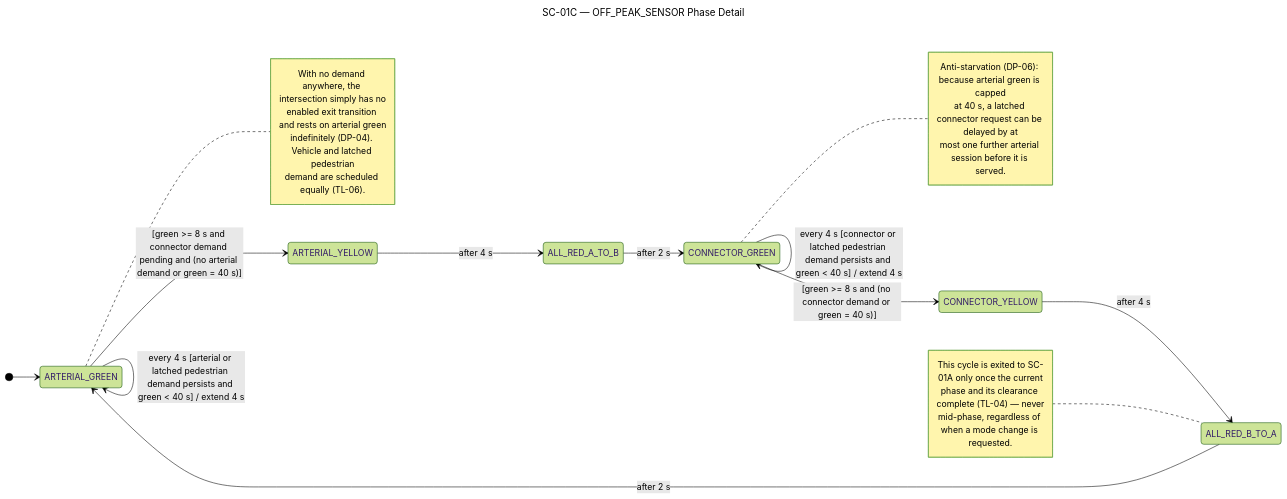
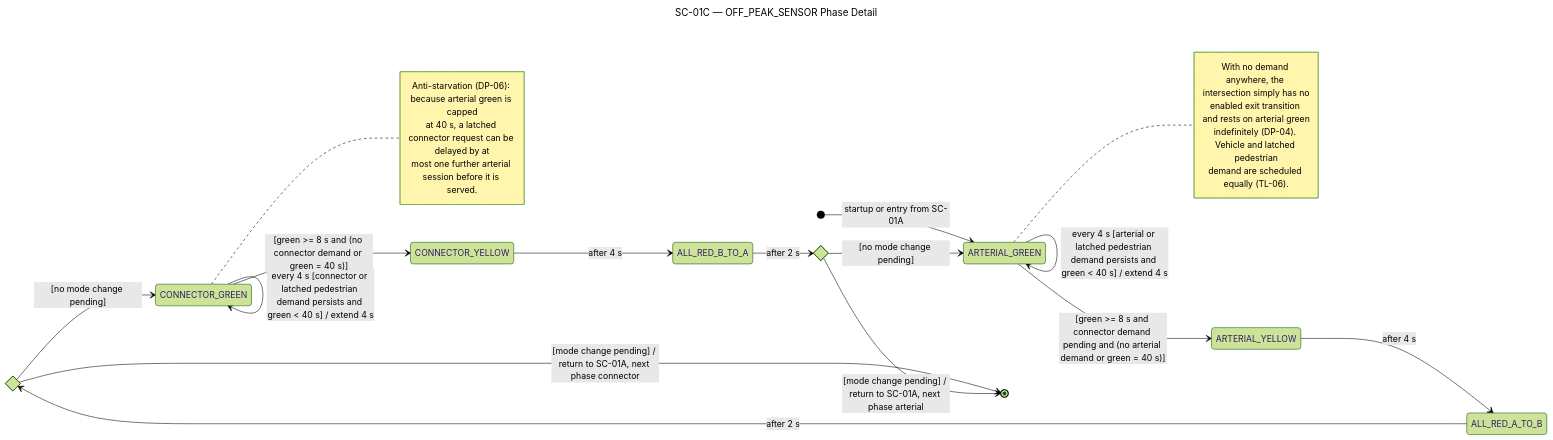
Before and after one commit to lucietran03/traffic-control-system: the third of 9 diagrams in STATE_CHARTS.md, drawn with Mermaid (forest theme). The commit also changed other lines of this file and 1 other file, not shown here.

````diff
--- a/STATE_CHARTS.md
+++ b/STATE_CHARTS.md
@@ -77,38 +74,40 @@
 ```mermaid
 ---
 title: SC-01C — OFF_PEAK_SENSOR Phase Detail
 ---
 stateDiagram-v2
     accTitle: SC-01C OFF_PEAK_SENSOR Phase Detail
     accDescr: Demand-responsive two-phase vehicle-signal cycle used while OFF_PEAK_SENSOR is the active mode, including minimum and maximum green and the anti-starvation rule.
     direction LR
 
-    [*] --> ARTERIAL_GREEN
+    state boundary_after_arterial <<choice>>
+    state boundary_after_connector <<choice>>
+
+    [*] --> ARTERIAL_GREEN : startup or entry from SC-01A
     ARTERIAL_GREEN --> ARTERIAL_GREEN : every 4 s [arterial or latched pedestrian demand persists and green < 40 s] / extend 4 s
     ARTERIAL_GREEN --> ARTERIAL_YELLOW : [green >= 8 s and connector demand pending and (no arterial demand or green = 40 s)]
     ARTERIAL_YELLOW --> ALL_RED_A_TO_B : after 4 s
-    ALL_RED_A_TO_B --> CONNECTOR_GREEN : after 2 s
+    ALL_RED_A_TO_B --> boundary_after_arterial : after 2 s
+    boundary_after_arterial --> CONNECTOR_GREEN : [no mode change pending]
+    boundary_after_arterial --> [*] : [mode change pending] / return to SC-01A, next phase connector
     CONNECTOR_GREEN --> CONNECTOR_GREEN : every 4 s [connector or latched pedestrian demand persists and green < 40 s] / extend 4 s
     CONNECTOR_GREEN --> CONNECTOR_YELLOW : [green >= 8 s and (no connector demand or green = 40 s)]
     CONNECTOR_YELLOW --> ALL_RED_B_TO_A : after 4 s
-    ALL_RED_B_TO_A --> ARTERIAL_GREEN : after 2 s
+    ALL_RED_B_TO_A --> boundary_after_connector : after 2 s
+    boundary_after_connector --> ARTERIAL_GREEN : [no mode change pending]
+    boundary_after_connector --> [*] : [mode change pending] / return to SC-01A, next phase arterial
 
     note right of ARTERIAL_GREEN
         With no demand anywhere, the intersection simply has no
         enabled exit transition and rests on arterial green
         indefinitely (DP-04). Vehicle and latched pedestrian
         demand are scheduled equally (TL-06).
     end note
 
     note right of CONNECTOR_GREEN
         Anti-starvation (DP-06): because arterial green is capped
         at 40 s, a latched connector request can be delayed by at
         most one further arterial session before it is served.
     end note
 
-    note left of ALL_RED_B_TO_A
-        This cycle is exited to SC-01A only once the current
-        phase and its clearance complete (TL-04) — never
-        mid-phase, regardless of when a mode change is requested.
-    end note
 ```
````
